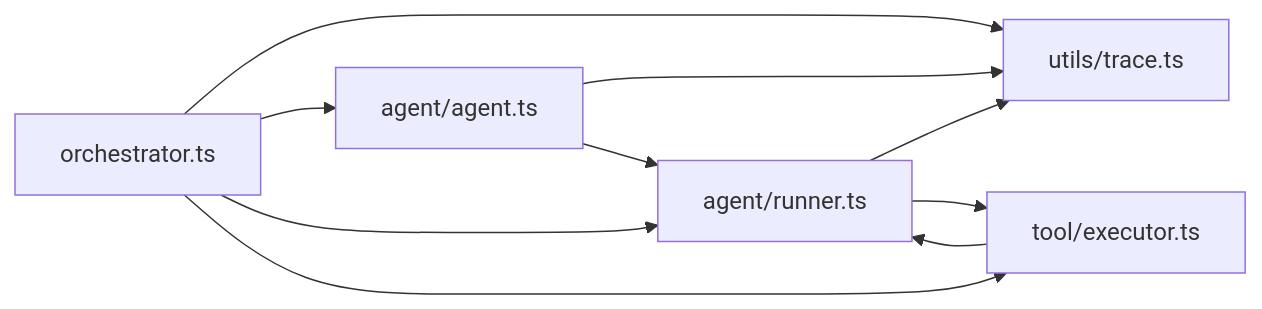
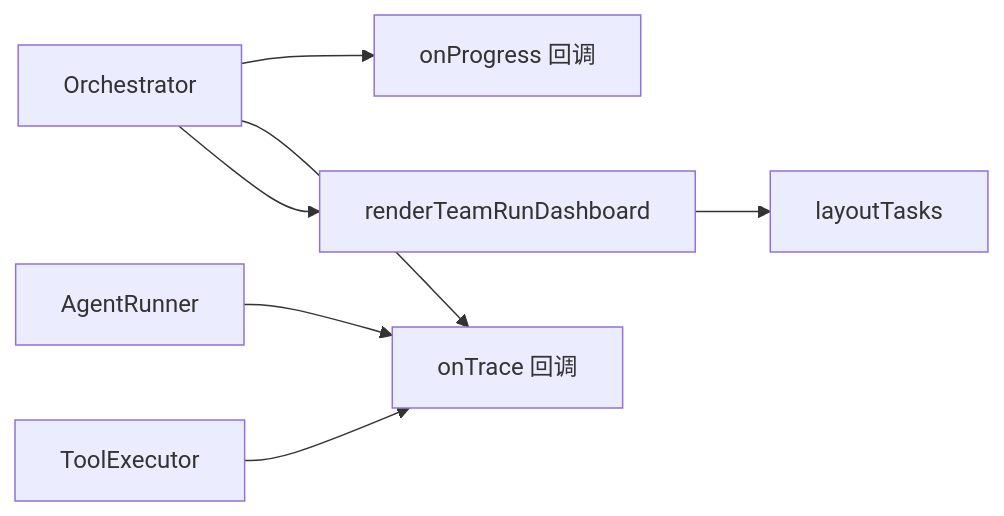
The sixth of 6 diagrams in .qoder/repowiki/zh/content/可观测性.md (haolange/open-multi-agent), drawn with Mermaid before and after one commit. The commit also changed other lines of this file and 100 other files, not shown here.

````diff
--- a/.qoder/repowiki/zh/content/可观测性.md
+++ b/.qoder/repowiki/zh/content/可观测性.md
@@ -258,12 +277,9 @@
 ```mermaid
 graph LR
-Orchestrator["orchestrator.ts"] --> Trace["utils/trace.ts"]
-Orchestrator --> Agent["agent/agent.ts"]
-Orchestrator --> Runner["agent/runner.ts"]
-Orchestrator --> Executor["tool/executor.ts"]
-Agent --> Trace
-Agent --> Runner
-Runner --> Trace
-Runner --> Executor
-Executor --> Runner
+Orchestrator["Orchestrator"] --> onProgress["onProgress 回调"]
+Orchestrator --> onTrace["onTrace 回调"]
+AgentRunner["AgentRunner"] --> onTrace
+ToolExecutor["ToolExecutor"] --> onTrace
+Orchestrator --> Dashboard["renderTeamRunDashboard"]
+Dashboard --> Layout["layoutTasks"]
 ```
````
